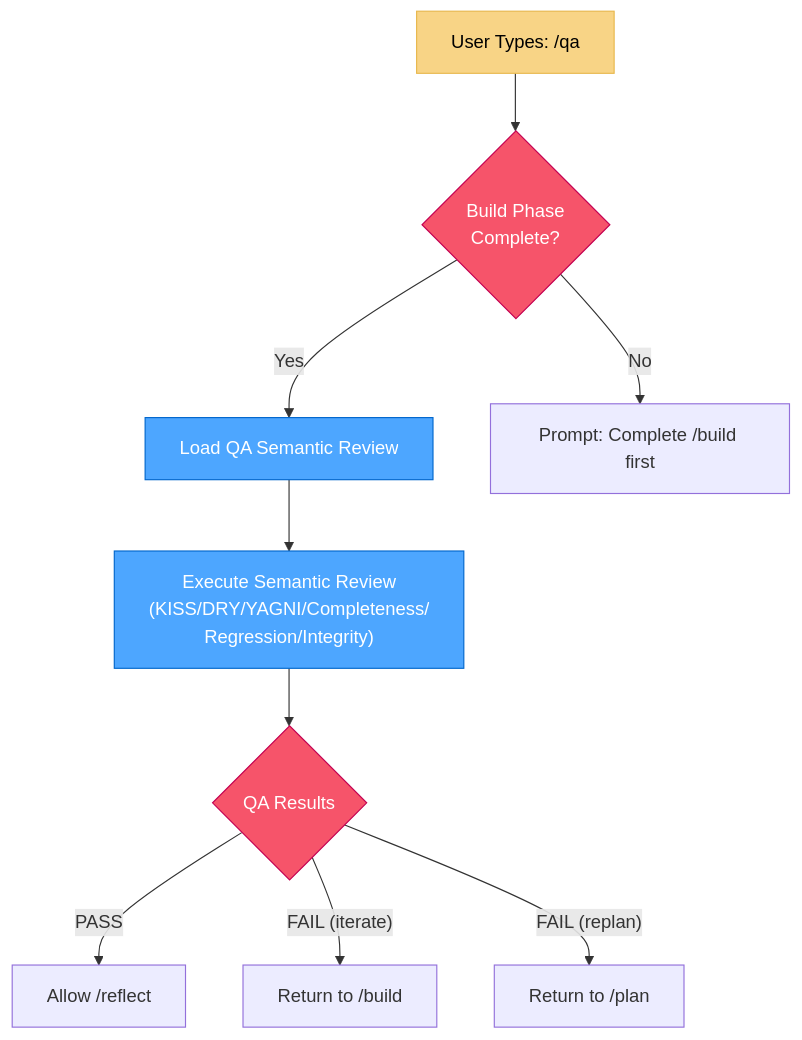
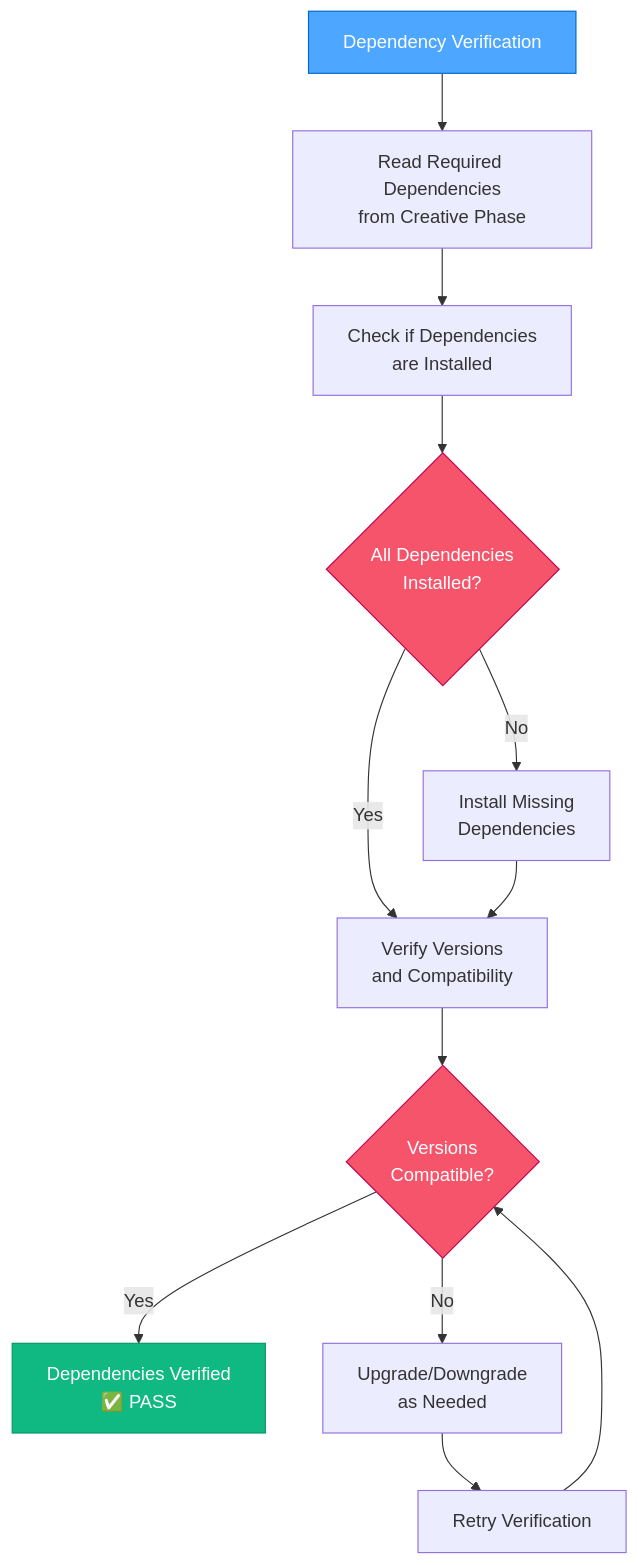
Before and after one commit to Texarkanine/.cursor-rules: the eighth of 12 diagrams in rulesets/niko/niko/visual-maps/van-mode-map.mdc, drawn with Mermaid. The commit also changed other lines of this file and 20 other files, not shown here.

````diff
--- a/rulesets/niko/niko/visual-maps/van-mode-map.mdc
+++ b/rulesets/niko/niko/visual-maps/van-mode-map.mdc
@@ -246,18 +300,21 @@
 ```mermaid
 graph TD
-    UserQA["User Types: /qa"] --> CheckBuild{"Build Phase<br>Complete?"}
-    CheckBuild -->|"Yes"| LoadQA["Load QA Semantic Review"]
-    CheckBuild -->|"No"| PromptBuild["Prompt: Complete /build first"]
-    LoadQA --> RunQA["Execute Semantic Review<br>(KISS/DRY/YAGNI/Completeness/<br>Regression/Integrity)"]
-    RunQA --> QAResults{"QA Results"}
-
-    QAResults -->|"PASS"| AllowReflect["Allow /reflect"]
-    QAResults -->|"FAIL (iterate)"| ReturnBuild["Return to /build"]
-    QAResults -->|"FAIL (replan)"| ReturnPlan["Return to /plan"]
-
-    style UserQA fill:#f8d486,stroke:#e8b84d,color:black
-    style CheckBuild fill:#f6546a,stroke:#c30052,color:white
-    style LoadQA fill:#4da6ff,stroke:#0066cc,color:white
-    style RunQA fill:#4da6ff,stroke:#0066cc,color:white
-    style QAResults fill:#f6546a,stroke:#c30052,color:white
+    Start["Dependency Verification"] --> ReadDeps["Read Required Dependencies<br>from Creative Phase"]
+    ReadDeps --> CheckInstalled["Check if Dependencies<br>are Installed"]
+    CheckInstalled --> DepStatus{"All Dependencies<br>Installed?"}
+    
+    DepStatus -->|"Yes"| VerifyVersions["Verify Versions<br>and Compatibility"]
+    DepStatus -->|"No"| InstallMissing["Install Missing<br>Dependencies"]
+    InstallMissing --> VerifyVersions
+    
+    VerifyVersions --> VersionStatus{"Versions<br>Compatible?"}
+    VersionStatus -->|"Yes"| DepSuccess["Dependencies Verified<br>✅ PASS"]
+    VersionStatus -->|"No"| UpgradeVersions["Upgrade/Downgrade<br>as Needed"]
+    UpgradeVersions --> RetryVerify["Retry Verification"]
+    RetryVerify --> VersionStatus
+    
+    style Start fill:#4da6ff,stroke:#0066cc,color:white
+    style DepSuccess fill:#10b981,stroke:#059669,color:white
+    style DepStatus fill:#f6546a,stroke:#c30052,color:white
+    style VersionStatus fill:#f6546a,stroke:#c30052,color:white
 ```
````
